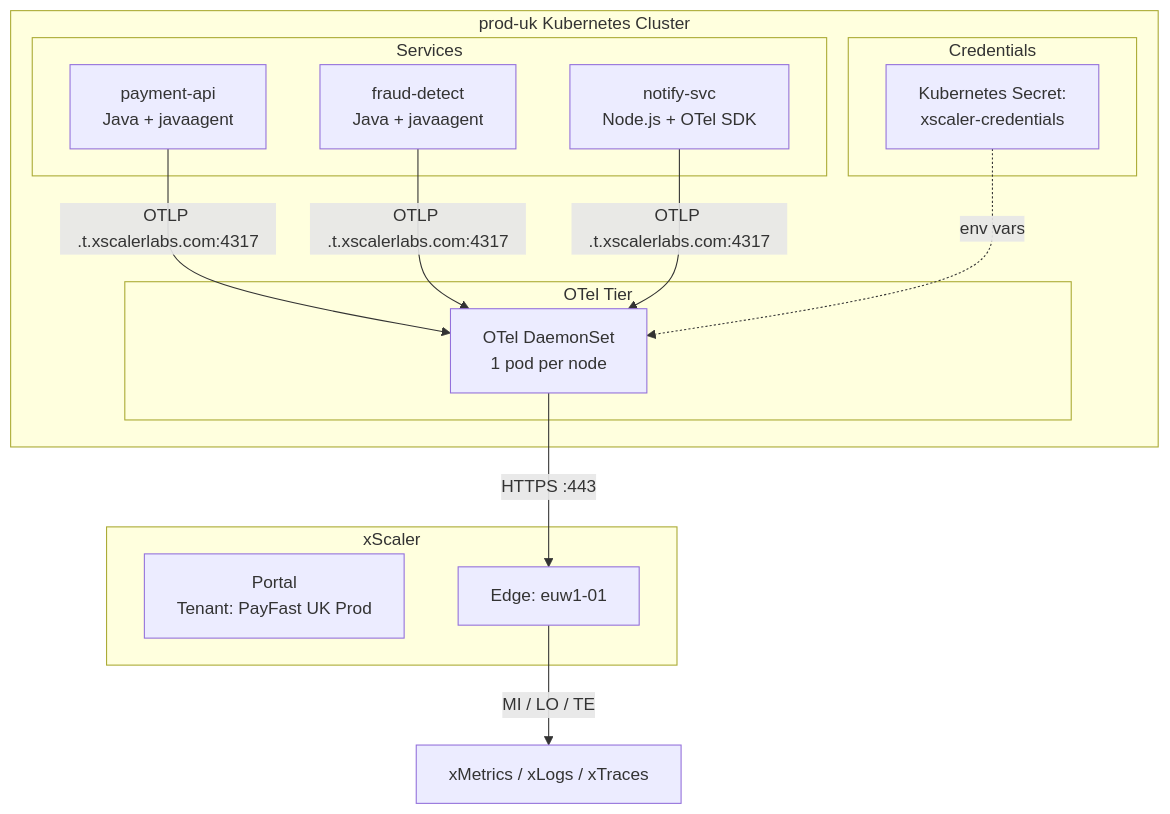
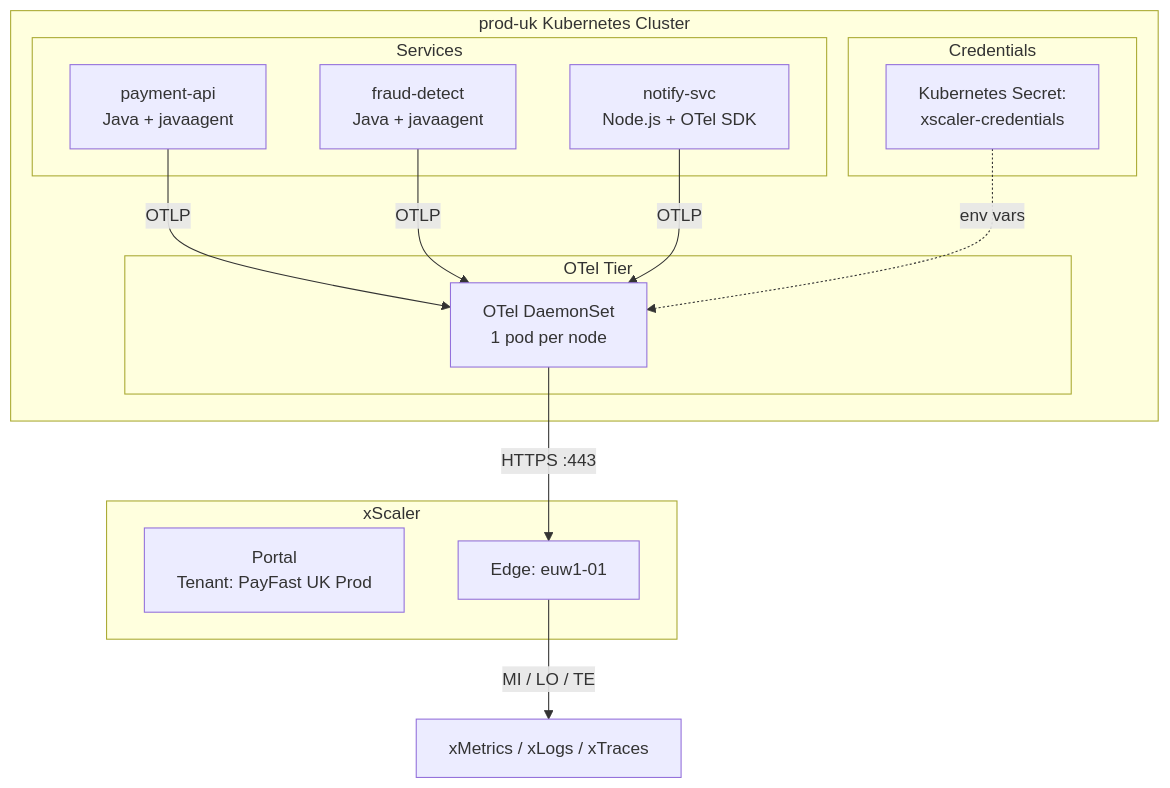
One commit to xscaler/training changed the diagram in docs/session-3/customer-workshop.md. Above: the diagram before and after it, drawn with Mermaid. The commit also changed 1 other file, not shown here.

Commit message:
fix: remove angle brackets from Mermaid edge labels
<edge> inside |pipe labels| breaks the Mermaid parser — the renderer
treats < and > as HTML tags and aborts. Replaced with plain |OTLP|.
Affected: session-2/deployment-models.md (3 labels), session-3/customer-workshop.md (1 label).

````diff
--- a/docs/session-3/customer-workshop.md
+++ b/docs/session-3/customer-workshop.md
@@ -115,26 +115,26 @@
 ```mermaid
 graph TB
     subgraph prod-uk["prod-uk Kubernetes Cluster"]
         subgraph Services
             SVC1[payment-api\nJava + javaagent]
             SVC2[fraud-detect\nJava + javaagent]
             SVC3[notify-svc\nNode.js + OTel SDK]
         end
         subgraph "OTel Tier"
             DS[OTel DaemonSet\n1 pod per node]
         end
         subgraph "Credentials"
             K8S[Kubernetes Secret:\nxscaler-credentials]
         end
-        SVC1 & SVC2 & SVC3 -->|OTLP <edge>.t.xscalerlabs.com:4317| DS
+        SVC1 & SVC2 & SVC3 -->|OTLP| DS
         K8S -.->|env vars| DS
     end
 
     subgraph "xScaler"
         PORTAL[Portal\nTenant: PayFast UK Prod]
         EDGE[Edge: euw1-01]
     end
 
     DS -->|HTTPS :443| EDGE
     EDGE -->|MI / LO / TE| BACKENDS[xMetrics / xLogs / xTraces]
 ```
````
